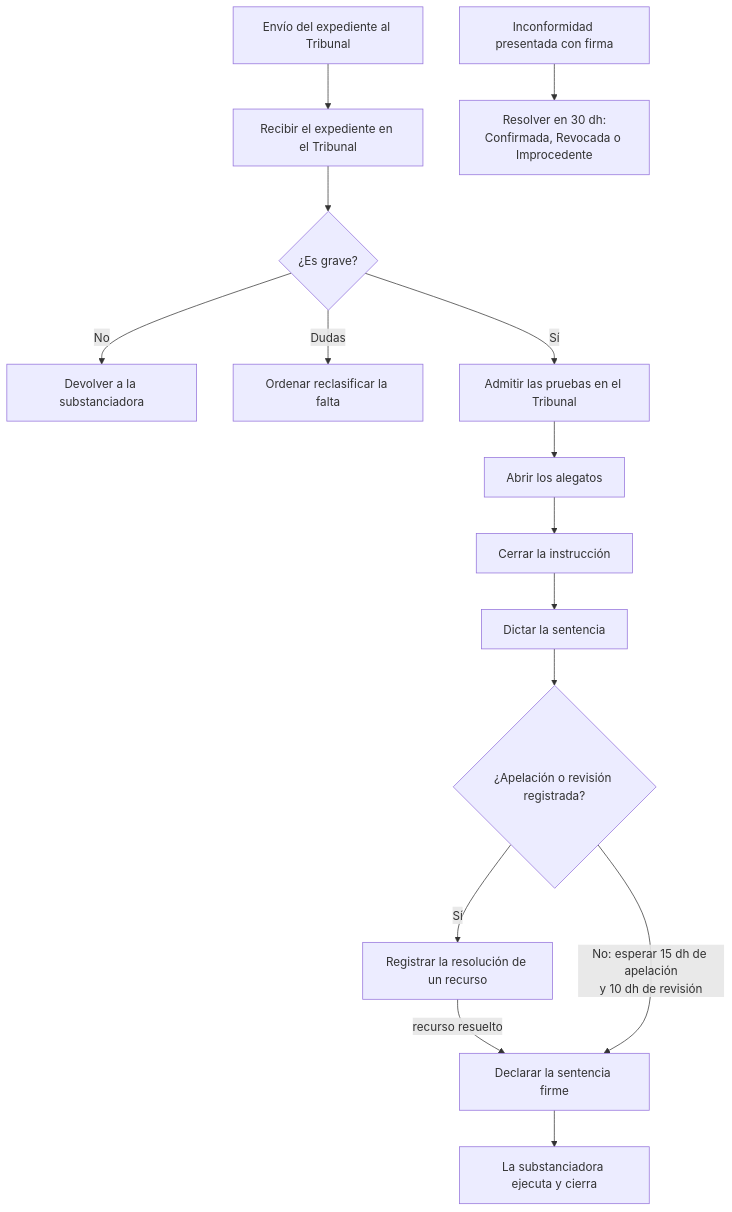
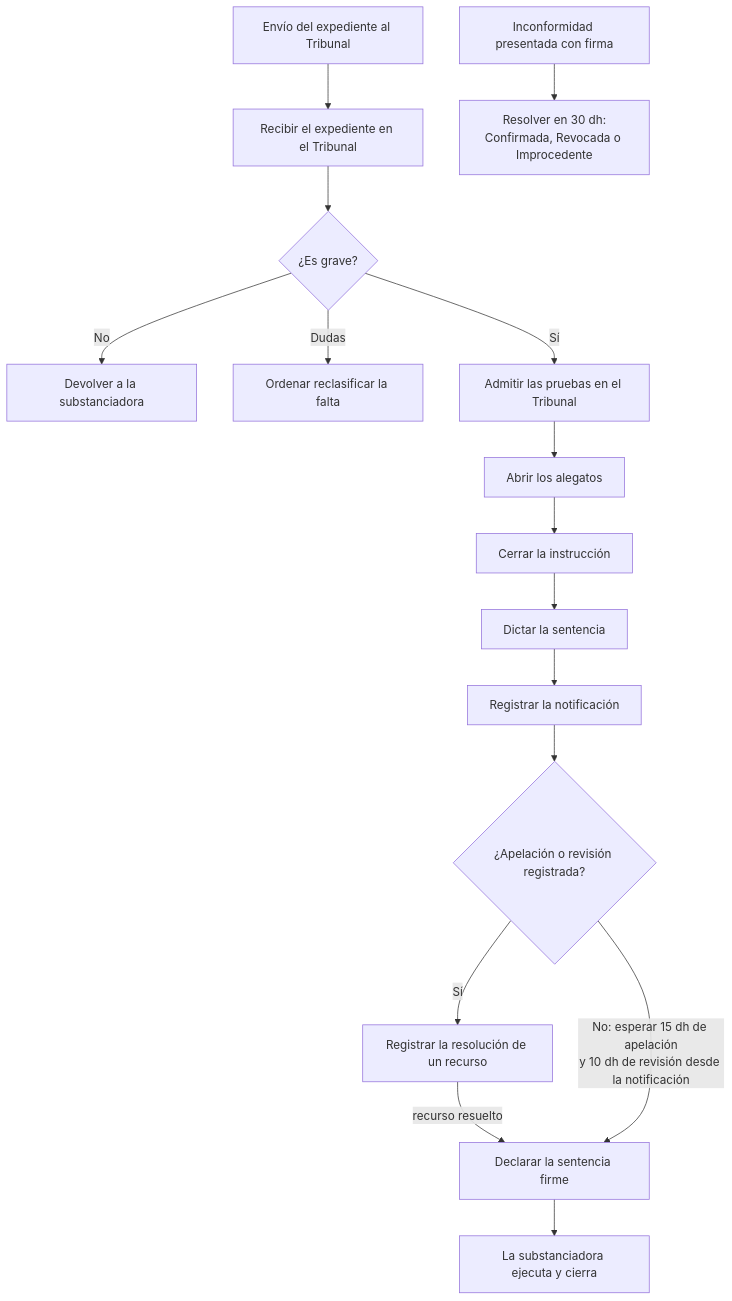
Before and after one commit to GuilleOp/sigilo-s5: the diagram in docs/manuales/06-tribunal-de-justicia-administrativa.md, drawn with Mermaid. The commit also changed other lines of this file and 6 other files, not shown here.

First line of the commit message:
docs(ciclo): la notificación registrada abre los plazos de los recursos (T8)

````diff
--- a/docs/manuales/06-tribunal-de-justicia-administrativa.md
+++ b/docs/manuales/06-tribunal-de-justicia-administrativa.md
@@ -200,17 +206,18 @@
 ```mermaid
 flowchart TD
   A["Envío del expediente al Tribunal"] --> B["Recibir el expediente en el Tribunal"]
   B --> C{"¿Es grave?"}
   C -- "No" --> D["Devolver a la substanciadora"]
   C -- "Dudas" --> E["Ordenar reclasificar la falta"]
   C -- "Sí" --> F["Admitir las pruebas en el Tribunal"]
   F --> G["Abrir los alegatos"]
   G --> H["Cerrar la instrucción"]
   H --> I["Dictar la sentencia"]
-  I --> J{"¿Apelación o revisión registrada?"}
+  I --> I2["Registrar la notificación"]
+  I2 --> J{"¿Apelación o revisión registrada?"}
   J -- "Sí" --> K["Registrar la resolución de un recurso"]
   K -- "recurso resuelto" --> L
-  J -- "No: esperar 15 dh de apelación<br/>y 10 dh de revisión" --> L["Declarar la sentencia firme"]
+  J -- "No: esperar 15 dh de apelación<br/>y 10 dh de revisión desde la notificación" --> L["Declarar la sentencia firme"]
   L --> M["La substanciadora ejecuta y cierra"]
   N["Inconformidad presentada con firma"] --> O["Resolver en 30 dh:<br/>Confirmada, Revocada o Improcedente"]
 ```
````
